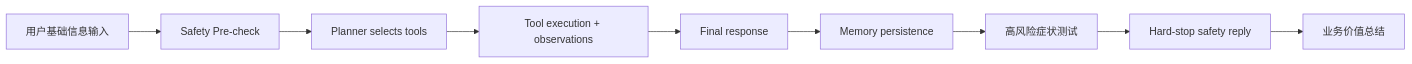
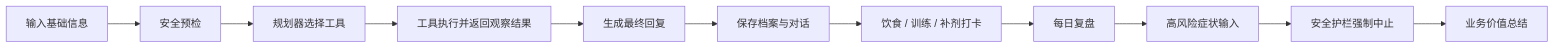
Before and after one commit to xli561980-ship-it/psmf-agent: the diagram in docs/demo-walkthrough.md, drawn with Mermaid. The commit also changed other lines of this file and 3 other files, not shown here.

````diff
--- a/docs/demo-walkthrough.md
+++ b/docs/demo-walkthrough.md
@@ -35,11 +35,13 @@
 ```mermaid
 flowchart LR
-    A["用户基础信息输入"] --> B["Safety Pre-check"]
-    B --> C["Planner selects tools"]
-    C --> D["Tool execution + observations"]
-    D --> E["Final response"]
-    E --> F["Memory persistence"]
-    F --> G["高风险症状测试"]
-    G --> H["Hard-stop safety reply"]
-    H --> I["业务价值总结"]
+    A["输入基础信息"] --> B["安全预检"]
+    B --> C["规划器选择工具"]
+    C --> D["工具执行并返回观察结果"]
+    D --> E["生成最终回复"]
+    E --> F["保存档案与对话"]
+    F --> G["饮食 / 训练 / 补剂打卡"]
+    G --> H["每日复盘"]
+    H --> I["高风险症状输入"]
+    I --> J["安全护栏强制中止"]
+    J --> K["业务价值总结"]
 ```
````
